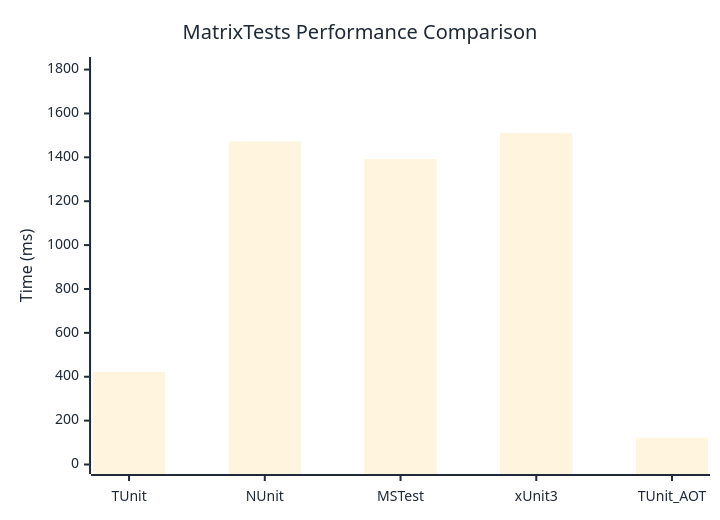
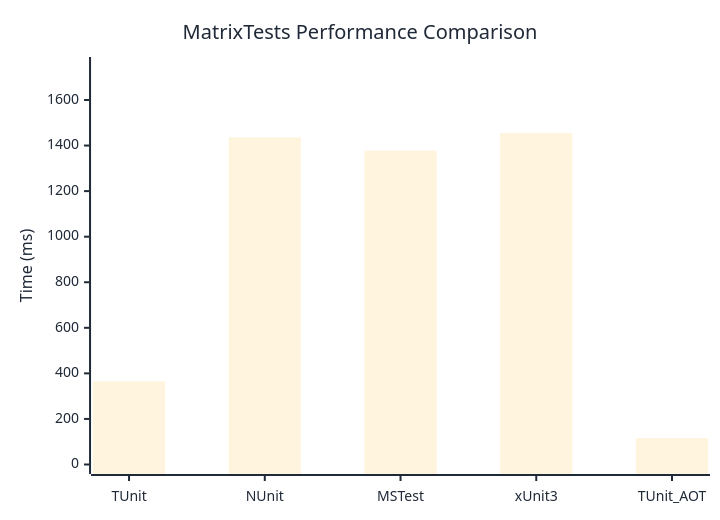
One commit to thomhurst/TUnit changed the diagram in docs/docs/benchmarks/MatrixTests.md. Above: the diagram before and after it, drawn with Mermaid. The commit also changed other lines of this file and 16 other files, not shown here.

````diff
--- a/docs/docs/benchmarks/MatrixTests.md
+++ b/docs/docs/benchmarks/MatrixTests.md
@@ -27,37 +27,37 @@
 ```mermaid
 %%{init: {
   'theme':'base',
   'themeVariables': {
     'primaryColor': '#2563eb',
     'primaryTextColor': '#1f2937',
     'primaryBorderColor': '#1e40af',
     'lineColor': '#6b7280',
     'secondaryColor': '#7c3aed',
     'tertiaryColor': '#dc2626',
     'background': '#ffffff',
     'mainBkg': '#2563eb',
     'secondBkg': '#7c3aed',
     'tertiaryBkg': '#dc2626',
     'clusterBkg': '#f3f4f6',
     'edgeLabelBackground': '#ffffff',
     'tertiaryTextColor': '#1f2937',
     'pie1': '#2563eb',
     'pie2': '#7c3aed',
     'pie3': '#dc2626',
     'pie4': '#f59e0b',
     'pie5': '#10b981',
     'pie6': '#06b6d4',
     'pie7': '#ec4899',
     'pie8': '#6366f1',
     'pie9': '#84cc16',
     'pie10': '#f97316',
     'pie11': '#14b8a6',
     'pie12': '#a855f7'
   }
 }}%%
 xychart-beta
   title "MatrixTests Performance Comparison"
   x-axis ["TUnit", "NUnit", "MSTest", "xUnit3", "TUnit_AOT"]
-  y-axis "Time (ms)" 0 --> 1814
-  bar [421.6, 1471.8, 1391.8, 1511.6, 121.8]
+  y-axis "Time (ms)" 0 --> 1747
+  bar [365.4, 1435.6, 1378.2, 1455.4, 116.4]
 ```
````
